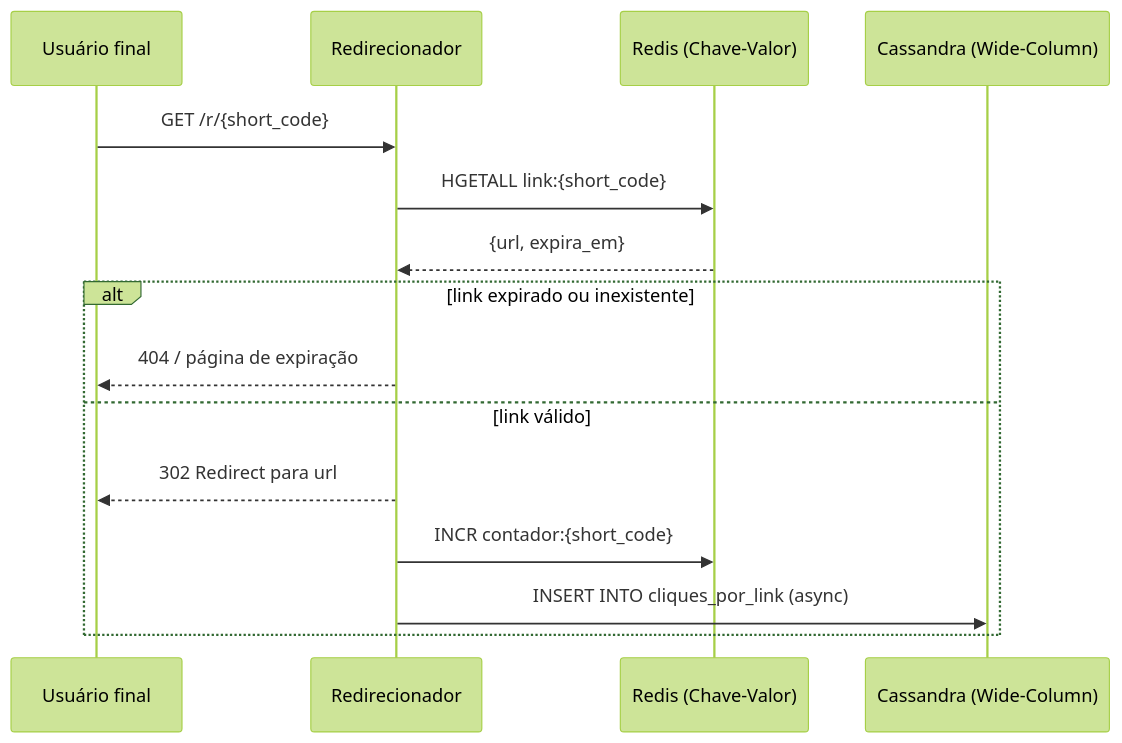
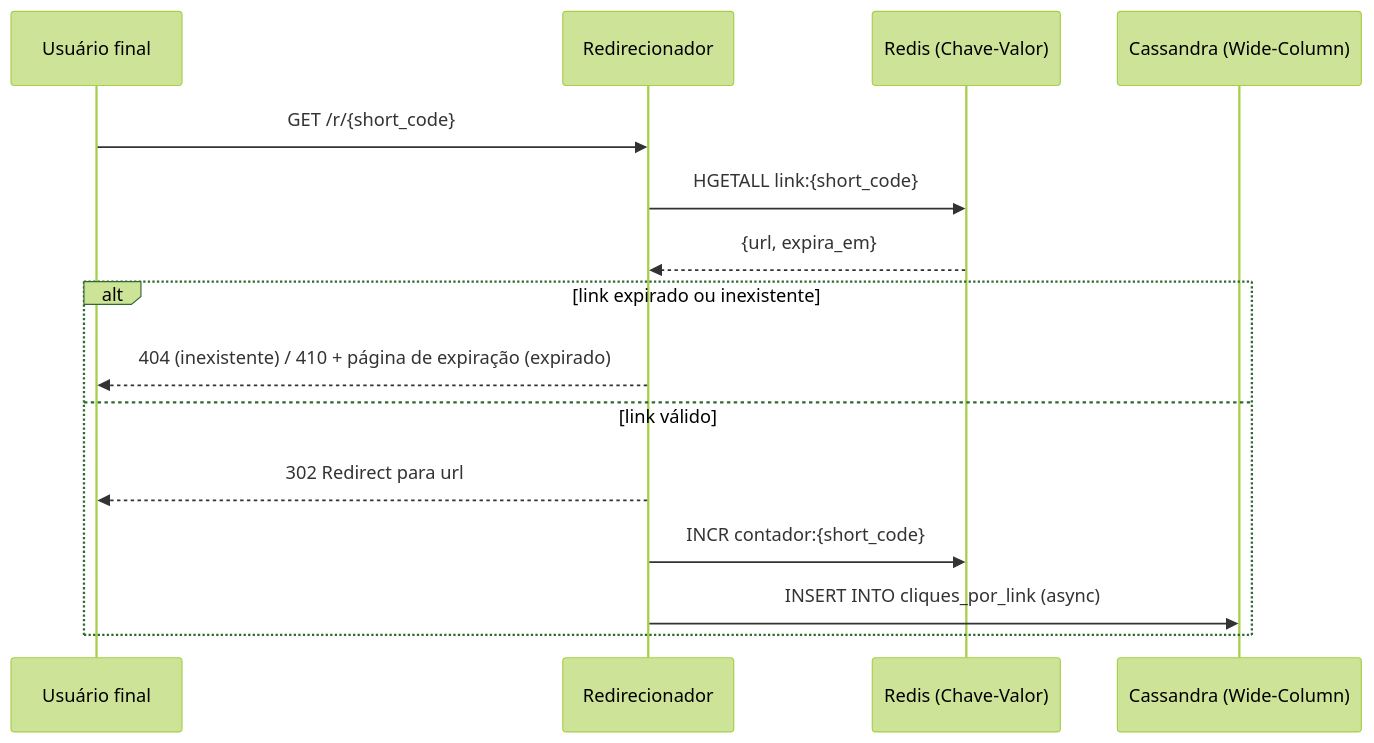
Before and after one commit to BudaBecker/link-pulse: the third of 4 diagrams in docs/arquitetura/FUNCIONALIDADES.md, drawn with Mermaid (forest theme). The commit also changed other lines of this file and 1 other file, not shown here.

````diff
--- a/docs/arquitetura/FUNCIONALIDADES.md
+++ b/docs/arquitetura/FUNCIONALIDADES.md
@@ -59,18 +60,18 @@
 ```mermaid
 sequenceDiagram
     participant U as Usuário final
     participant RD as Redirecionador
     participant KV as Redis (Chave-Valor)
     participant WC as Cassandra (Wide-Column)
 
     U->>RD: GET /r/{short_code}
     RD->>KV: HGETALL link:{short_code}
     KV-->>RD: {url, expira_em}
     alt link expirado ou inexistente
-        RD-->>U: 404 / página de expiração
+        RD-->>U: 404 (inexistente) / 410 + página de expiração (expirado)
     else link válido
         RD-->>U: 302 Redirect para url
         RD->>KV: INCR contador:{short_code}
         RD->>WC: INSERT INTO cliques_por_link (async)
     end
 ```
````
